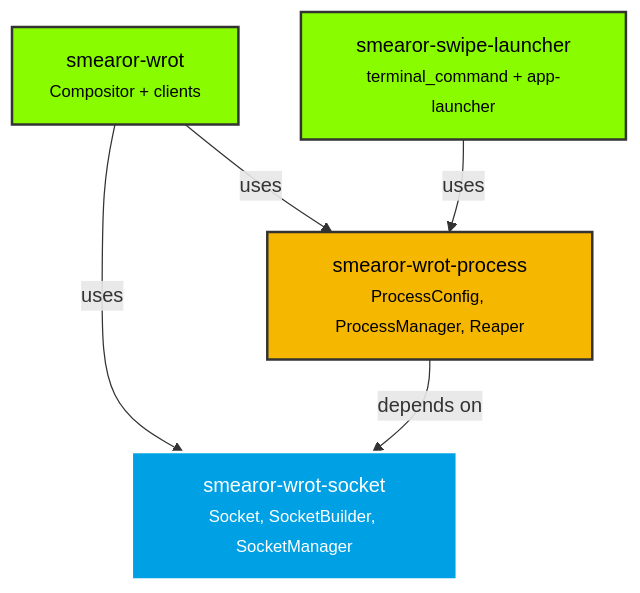
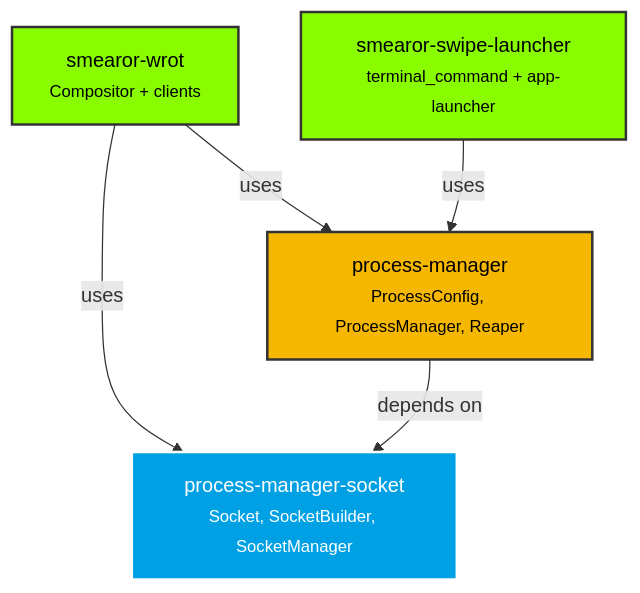
One commit to smearor/process-manager changed the first of 5 diagrams in book/src/architecture.md. Above: the diagram before and after it, drawn with Mermaid. The commit also changed other lines of this file and 71 other files, not shown here.

Commit message:
Renamed crates to process-manager and process-manager-socket

````diff
--- a/book/src/architecture.md
+++ b/book/src/architecture.md
@@ -14,22 +14,22 @@
 ```mermaid
 graph TD
     classDef default fill: #1e1e1e, stroke: #333333, stroke-width: 1px, color: #ffffff
     classDef socket fill: #00a1e4, stroke: #ffffff, stroke-width: 2px, color: #ffffff
     classDef process fill: #f5b700, stroke: #333333, stroke-width: 2px, color: #000000
     classDef consumer fill: #89fc00, stroke: #333333, stroke-width: 2px, color: #000000
 
-    Socket["smearor-wrot-socket<br/><small>Socket, SocketBuilder, SocketManager</small>"]
-    Process["smearor-wrot-process<br/><small>ProcessConfig, ProcessManager, Reaper</small>"]
+    Socket["process-manager-socket<br/><small>Socket, SocketBuilder, SocketManager</small>"]
+    Process["process-manager<br/><small>ProcessConfig, ProcessManager, Reaper</small>"]
     Wrot["smearor-wrot<br/><small>Compositor + clients</small>"]
     Launcher["smearor-swipe-launcher<br/><small>terminal_command + app-launcher</small>"]
 
     Process -->|depends on| Socket
     Wrot -->|uses| Socket
     Wrot -->|uses| Process
     Launcher -->|uses| Process
 
     class Socket socket
     class Process process
     class Wrot consumer
     class Launcher consumer
 ```
````
